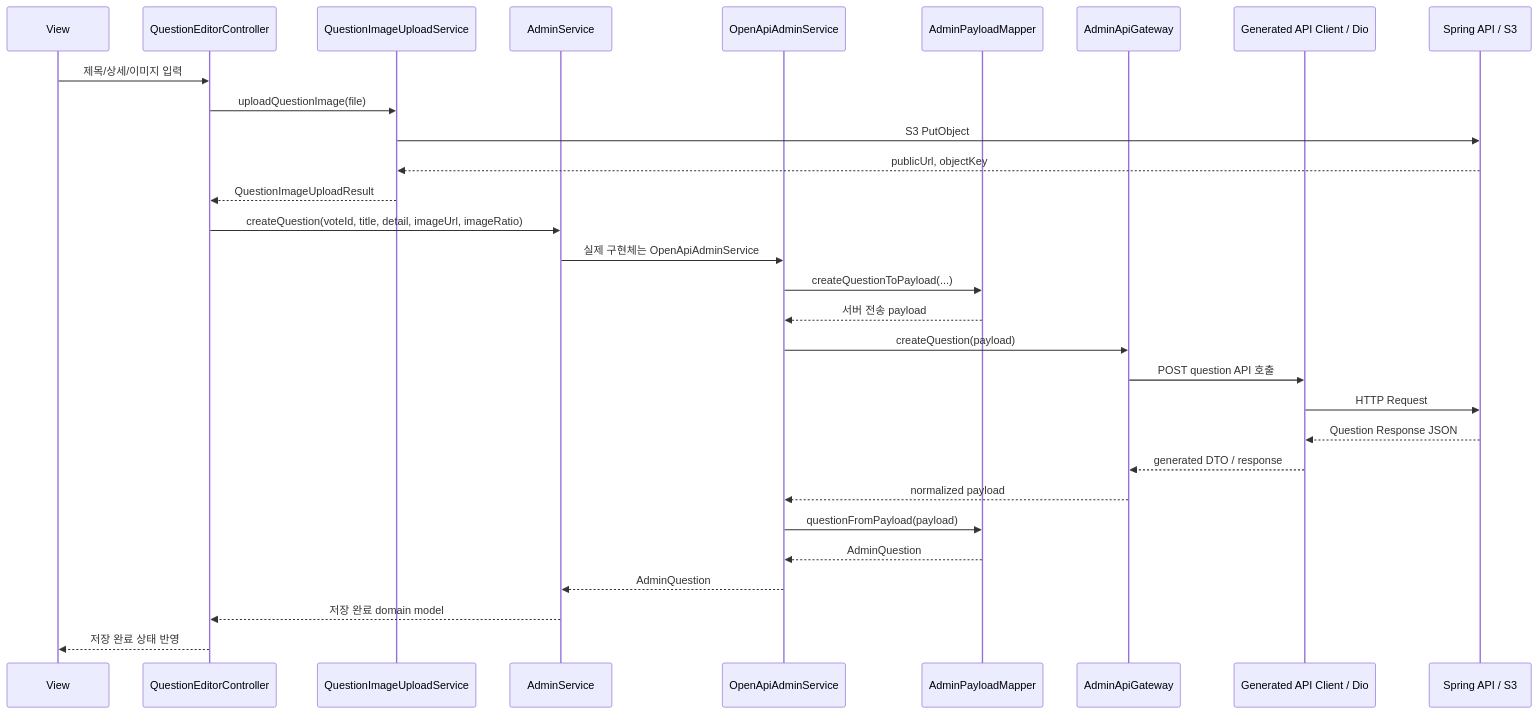
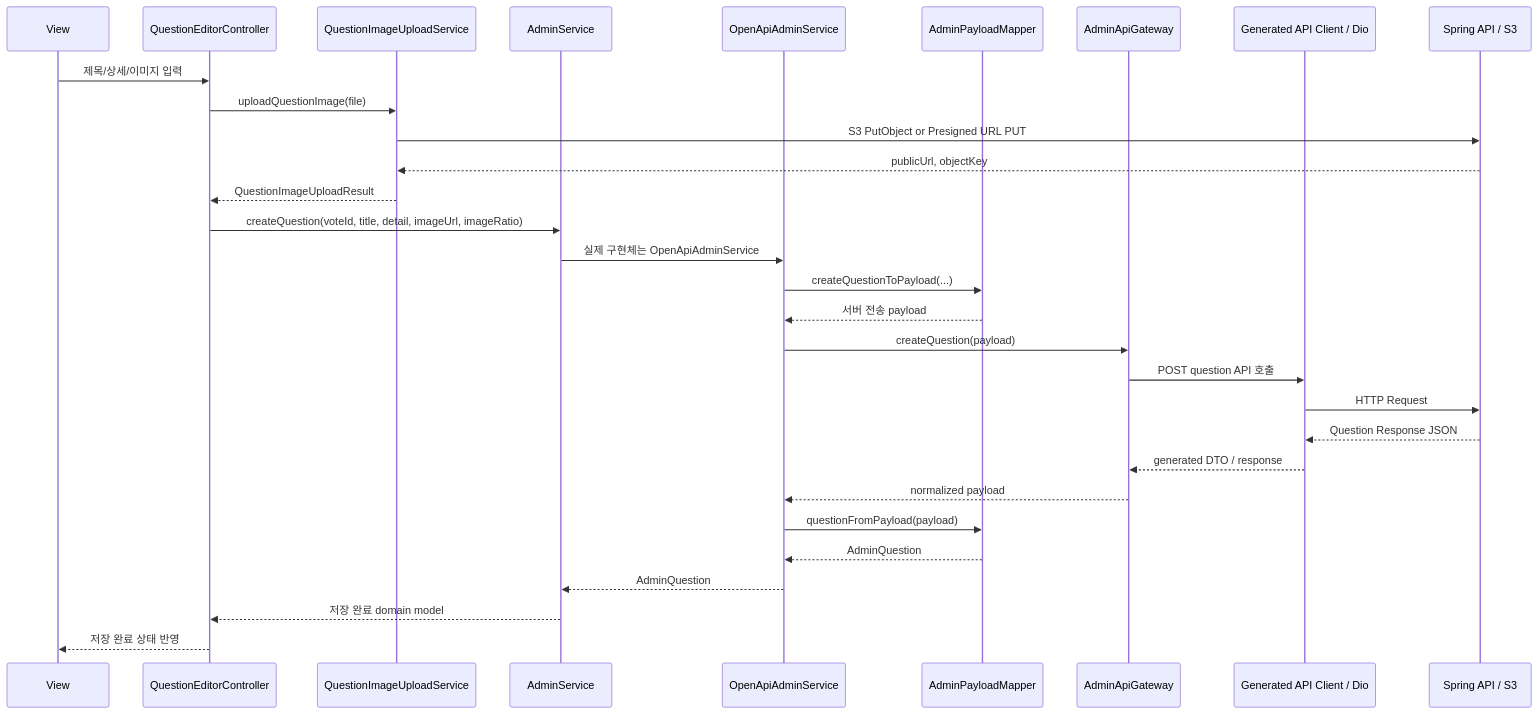
The first of 2 diagrams in dev/Taglow_admin_TDD.md (minchanpark/Taglow_admin), drawn with Mermaid before and after one commit. The commit also changed other lines of this file and 27 other files, not shown here.

Commit message:
docs: add AGENTS.md instruction files across project directories to enforce architectural and operational standards.

````diff
--- a/dev/Taglow_admin_TDD.md
+++ b/dev/Taglow_admin_TDD.md
@@ -119,34 +133,34 @@
 ```mermaid
 sequenceDiagram
   participant V as View
   participant C as QuestionEditorController
   participant U as QuestionImageUploadService
   participant AS as AdminService
   participant OS as OpenApiAdminService
   participant M as AdminPayloadMapper
   participant G as AdminApiGateway
   participant GC as Generated API Client / Dio
   participant S as Spring API / S3
 
   V->>C: 제목/상세/이미지 입력
   C->>U: uploadQuestionImage(file)
-  U->>S: S3 PutObject
+  U->>S: S3 PutObject or Presigned URL PUT
   S-->>U: publicUrl, objectKey
   U-->>C: QuestionImageUploadResult
 
   C->>AS: createQuestion(voteId, title, detail, imageUrl, imageRatio)
   AS->>OS: 실제 구현체는 OpenApiAdminService
   OS->>M: createQuestionToPayload(...)
   M-->>OS: 서버 전송 payload
   OS->>G: createQuestion(payload)
   G->>GC: POST question API 호출
   GC->>S: HTTP Request
   S-->>GC: Question Response JSON
   GC-->>G: generated DTO / response
   G-->>OS: normalized payload
   OS->>M: questionFromPayload(payload)
   M-->>OS: AdminQuestion
   OS-->>AS: AdminQuestion
   AS-->>C: 저장 완료 domain model
   C-->>V: 저장 완료 상태 반영
 ```
````
